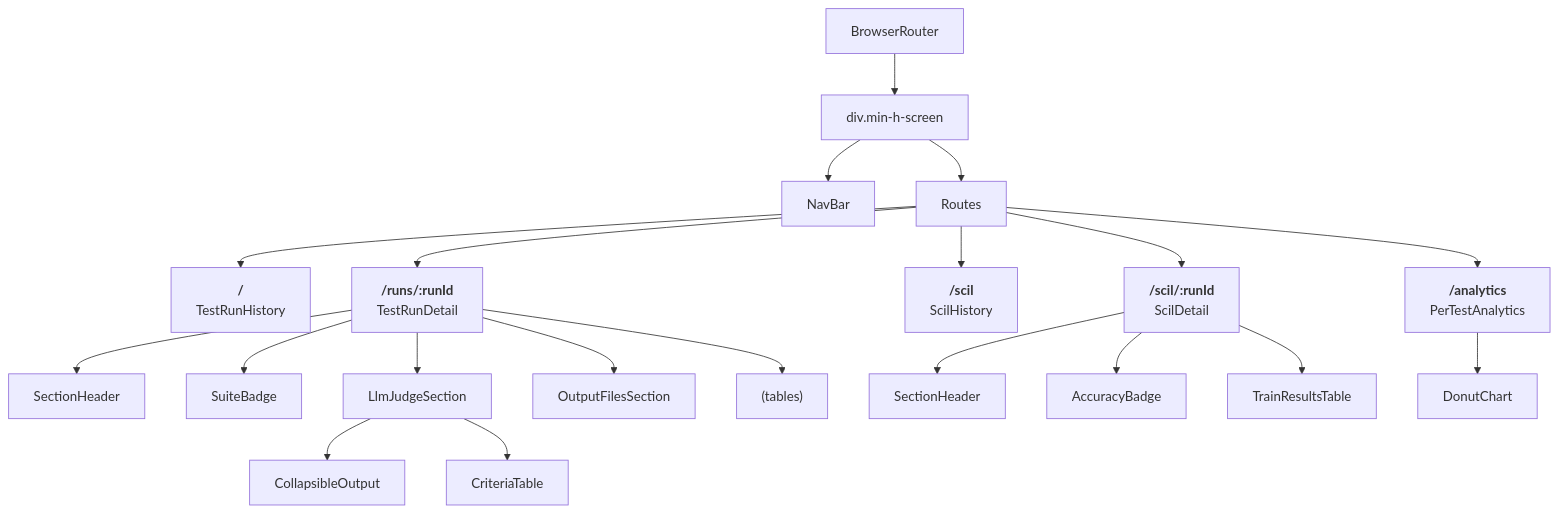
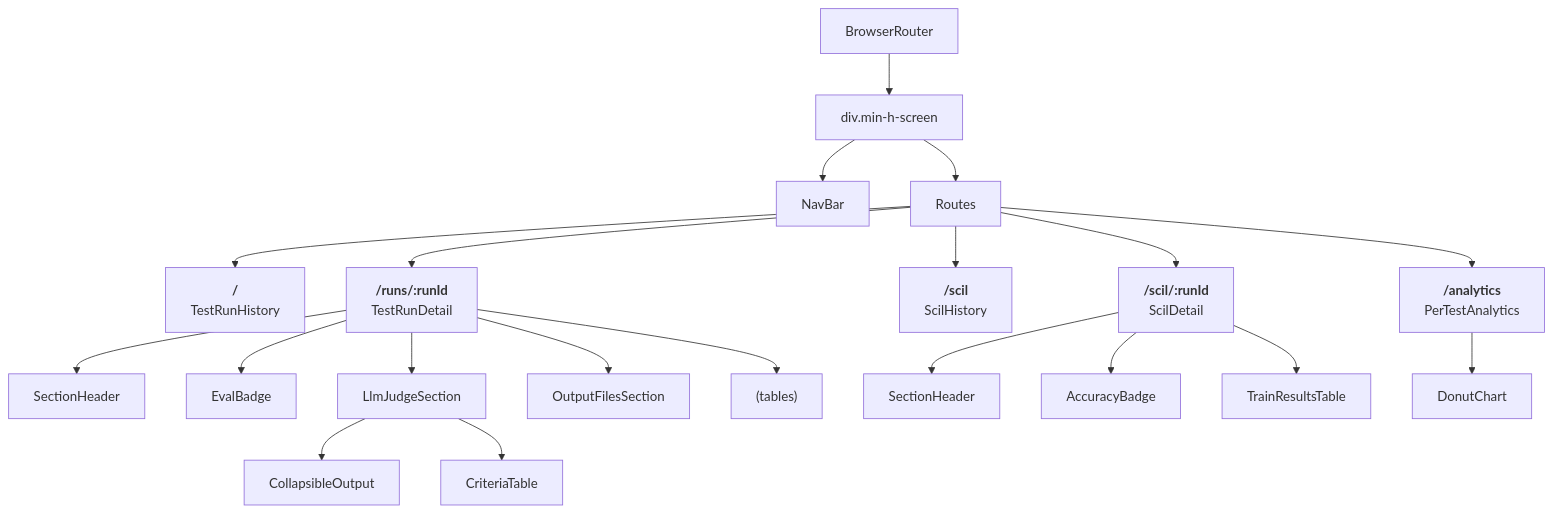
The second of 2 diagrams in docs/web.md (testdouble/skills-test-harness), drawn with Mermaid before and after one commit. The commit also changed other lines of this file and 432 other files, not shown here.

````diff
--- a/docs/web.md
+++ b/docs/web.md
@@ -336,51 +336,51 @@
 ```mermaid
 flowchart TB
     router["BrowserRouter"]
     shell["div.min-h-screen"]
     nav["NavBar"]
     routes["Routes"]
 
     r1["<b>/</b><br>TestRunHistory"]
     r2["<b>/runs/:runId</b><br>TestRunDetail"]
     r3["<b>/scil</b><br>ScilHistory"]
     r4["<b>/scil/:runId</b><br>ScilDetail"]
     r5["<b>/analytics</b><br>PerTestAnalytics"]
 
     d1["SectionHeader"]
-    d2["SuiteBadge"]
+    d2["EvalBadge"]
     d3["LlmJudgeSection"]
     d3a["CollapsibleOutput"]
     d3b["CriteriaTable"]
     d4["OutputFilesSection"]
     d5["(tables)"]
 
     s1["SectionHeader"]
     s2["AccuracyBadge"]
     s3["TrainResultsTable"]
 
     a1["DonutChart"]
 
     router --> shell
     shell --> nav
     shell --> routes
 
     routes --> r1
     routes --> r2
     routes --> r3
     routes --> r4
     routes --> r5
 
     r2 --> d1
     r2 --> d2
     r2 --> d3
     d3 --> d3a
     d3 --> d3b
     r2 --> d4
     r2 --> d5
 
     r4 --> s1
     r4 --> s2
     r4 --> s3
 
     r5 --> a1
 ```
````
